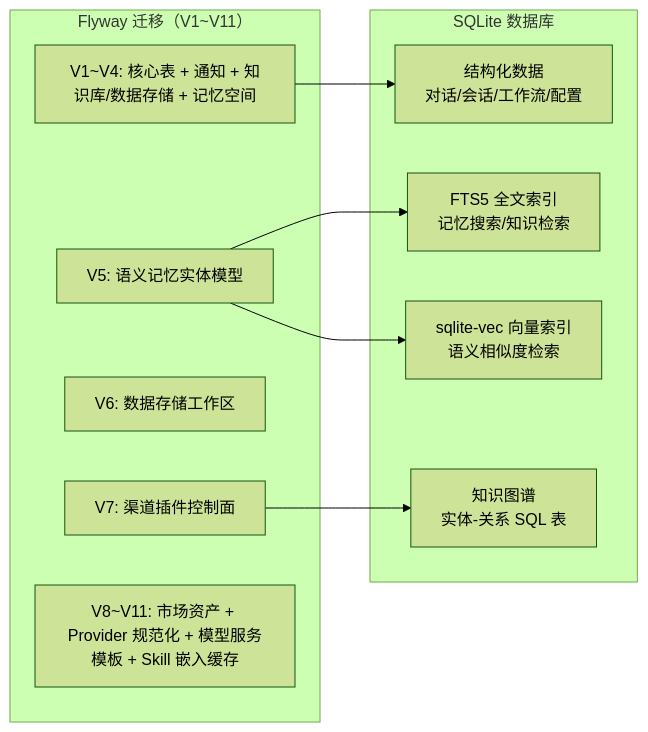
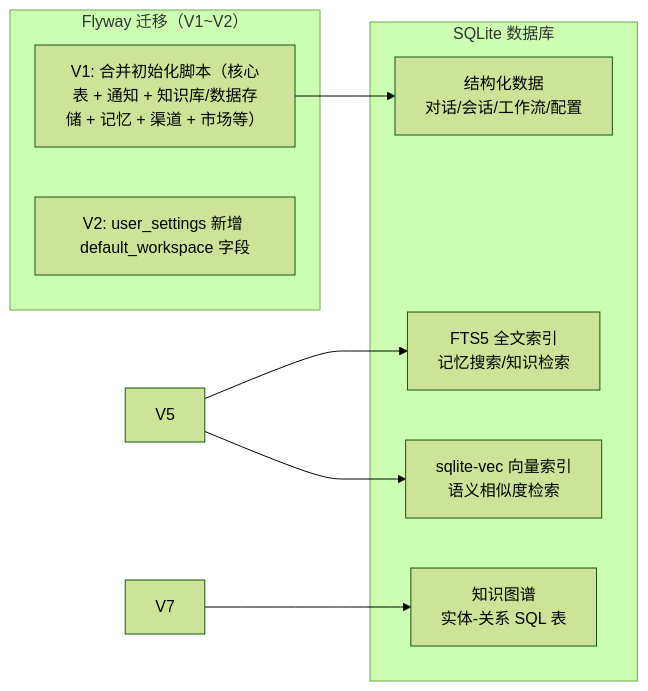
Before and after one commit to ntygod/LifePilot: the third of 4 diagrams in docs/ARCHITECTURE.md, drawn with Mermaid (forest theme). The commit also changed other lines of this file and 34 other files, not shown here.

````diff
--- a/docs/ARCHITECTURE.md
+++ b/docs/ARCHITECTURE.md
@@ -181,22 +181,19 @@
 ```mermaid
 graph LR
     subgraph "SQLite 数据库"
         SQL["结构化数据<br/>对话/会话/工作流/配置"]
         FTS["FTS5 全文索引<br/>记忆搜索/知识检索"]
         VEC["sqlite-vec 向量索引<br/>语义相似度检索"]
         GRAPH["知识图谱<br/>实体-关系 SQL 表"]
     end
 
-    subgraph "Flyway 迁移（V1~V11）"
-        V1["V1~V4: 核心表 + 通知 + 知识库/数据存储 + 记忆空间"]
-        V5["V5: 语义记忆实体模型"]
-        V6["V6: 数据存储工作区"]
-        V7["V7: 渠道插件控制面"]
-        V8["V8~V11: 市场资产 + Provider 规范化 + 模型服务模板 + Skill 嵌入缓存"]
+    subgraph "Flyway 迁移（V1~V2）"
+        V1["V1: 合并初始化脚本（核心表 + 通知 + 知识库/数据存储 + 记忆 + 渠道 + 市场等）"]
+        V2["V2: user_settings 新增 default_workspace 字段"]
     end
 
     V1 --> SQL
     V5 --> FTS
     V5 --> VEC
     V7 --> GRAPH
 ```
````
